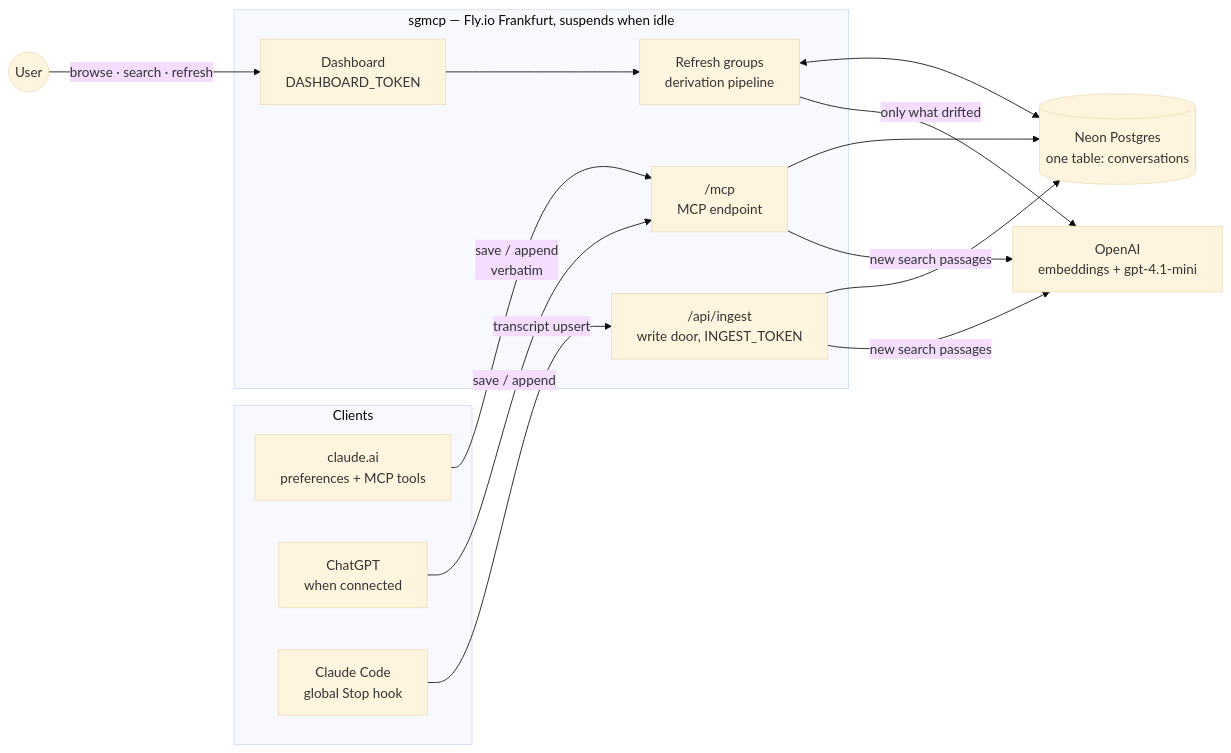
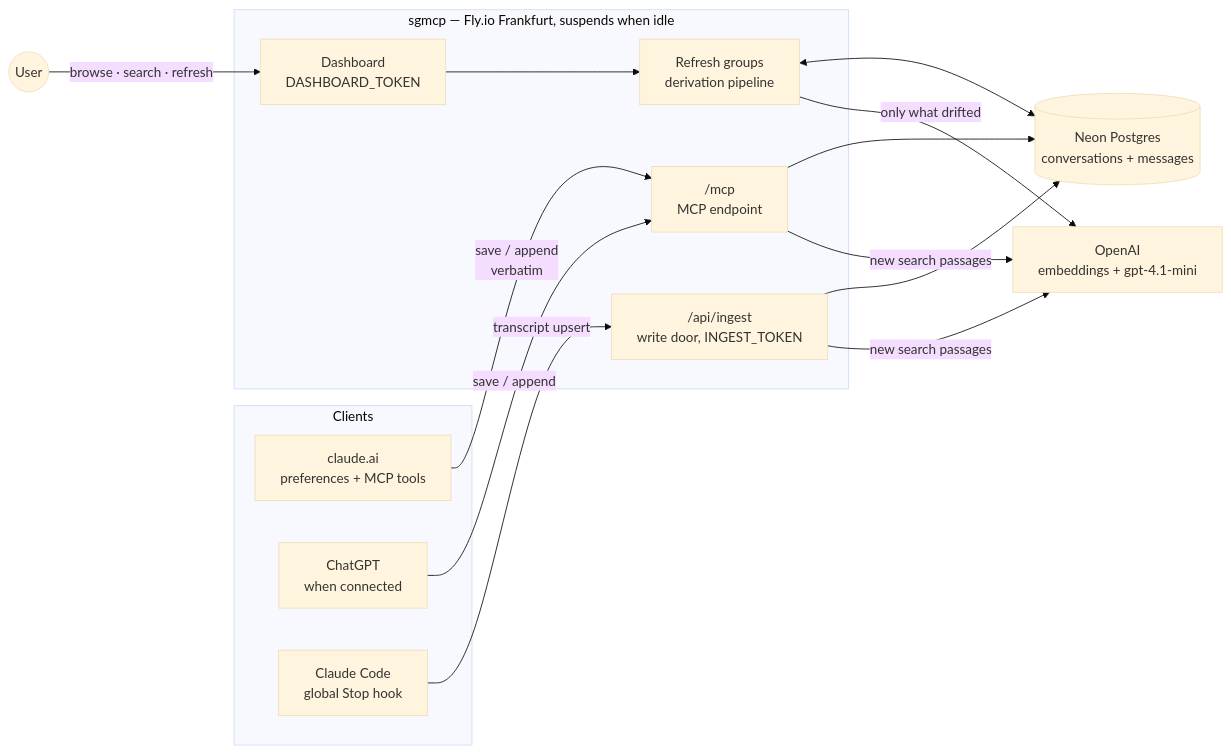
Before and after one commit to seung-gu/sgmcp: the first of 4 diagrams in ARCHITECTURE.md, drawn with Mermaid (base theme). The commit also changed other lines of this file and 2 other files, not shown here.

First line of the commit message:
Read and write messages through the messages table only

````diff
--- a/ARCHITECTURE.md
+++ b/ARCHITECTURE.md
@@ -9,31 +9,31 @@
 ```mermaid
 graph LR
     subgraph clients [Clients]
         A["claude.ai<br/>preferences + MCP tools"]
         C["ChatGPT<br/>when connected"]
         B["Claude Code<br/>global Stop hook"]
     end
 
     subgraph sgmcp["sgmcp — Fly.io Frankfurt, suspends when idle"]
         M["/mcp<br/>MCP endpoint"]
         I["/api/ingest<br/>write door, INGEST_TOKEN"]
         D["Dashboard<br/>DASHBOARD_TOKEN"]
         R["Refresh groups<br/>derivation pipeline"]
     end
 
-    DB[("Neon Postgres<br/>one table: conversations")]
+    DB[("Neon Postgres<br/>conversations + messages")]
     O["OpenAI<br/>embeddings + gpt-4.1-mini"]
     U((User))
 
     A -- "save / append<br/>verbatim" --> M
     C -- "save / append" --> M
     B -- "transcript upsert" --> I
     M --> DB
     I --> DB
     U -- "browse · search · refresh" --> D
     D --> R
     R <--> DB
     R -- "only what drifted" --> O
     M -- "new search passages" --> O
     I -- "new search passages" --> O
 ```
````
